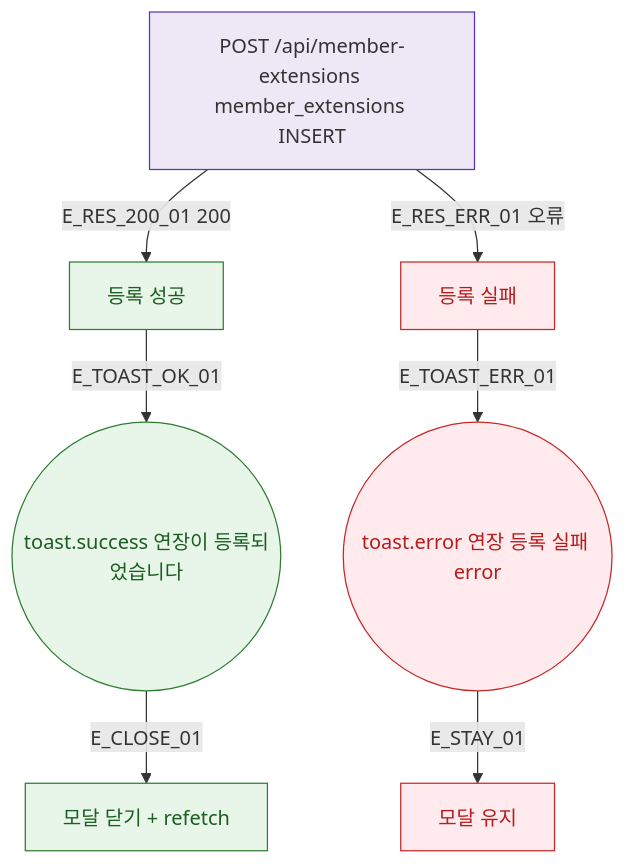
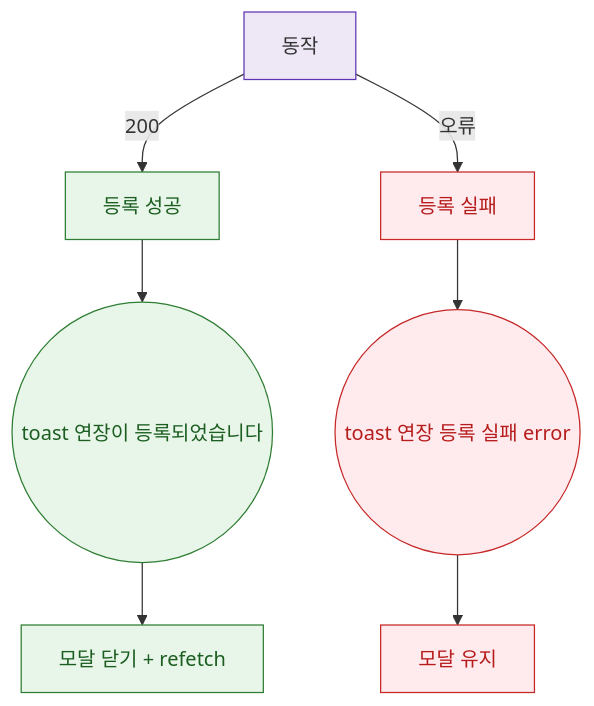
Before and after one commit to dev-spogym/admin-pando: the diagram in docs/다이어그램/D02_회원관리/DLG/DLG-M018_연장등록/M3_결과분기.md, drawn with Mermaid. The commit also changed other lines of this file and 1660 other files, not shown here.

First line of the commit message:
다이어그램: 기획자/클라이언트 납품본으로 정리

````diff
--- a/docs/다이어그램/D02_회원관리/DLG/DLG-M018_연장등록/M3_결과분기.md
+++ b/docs/다이어그램/D02_회원관리/DLG/DLG-M018_연장등록/M3_결과분기.md
@@ -22,21 +20,21 @@
 ```mermaid
 flowchart TD
-  API[POST /api/member-extensions member_extensions INSERT]
+  API[동작]
 
-  API -->|E_RES_200_01 200| SUCCESS[등록 성공]
-  API -->|E_RES_ERR_01 오류| FAIL[등록 실패]
+  API -->|200|SUCCESS[등록 성공]
+  API -->|오류|FAIL[등록 실패]
 
-  SUCCESS -->|E_TOAST_OK_01| TOAST_OK((toast.success 연장이 등록되었습니다))
-  TOAST_OK -->|E_CLOSE_01| POST_OK[모달 닫기 + refetch]
+  SUCCESS --> TOAST_OK((toast 연장이 등록되었습니다))
+  TOAST_OK --> POST_OK[모달 닫기 + refetch]
 
-  FAIL -->|E_TOAST_ERR_01| TOAST_ERR((toast.error 연장 등록 실패 error))
-  TOAST_ERR -->|E_STAY_01| MODAL_STAY[모달 유지]
+  FAIL --> TOAST_ERR((toast 연장 등록 실패 error))
+  TOAST_ERR --> MODAL_STAY[모달 유지]
 
   classDef success fill:#E8F5E9,stroke:#2E7D32,color:#1B5E20
-  classDef error   fill:#FFEBEE,stroke:#C62828,color:#B71C1C
-  classDef system  fill:#EDE7F6,stroke:#5E35B2
+  classDef error fill:#FFEBEE,stroke:#C62828,color:#B71C1C
+  classDef system fill:#EDE7F6,stroke:#5E35B2
 
   class SUCCESS,TOAST_OK,POST_OK success
   class FAIL,TOAST_ERR,MODAL_STAY error
   class API system
 ```
````
